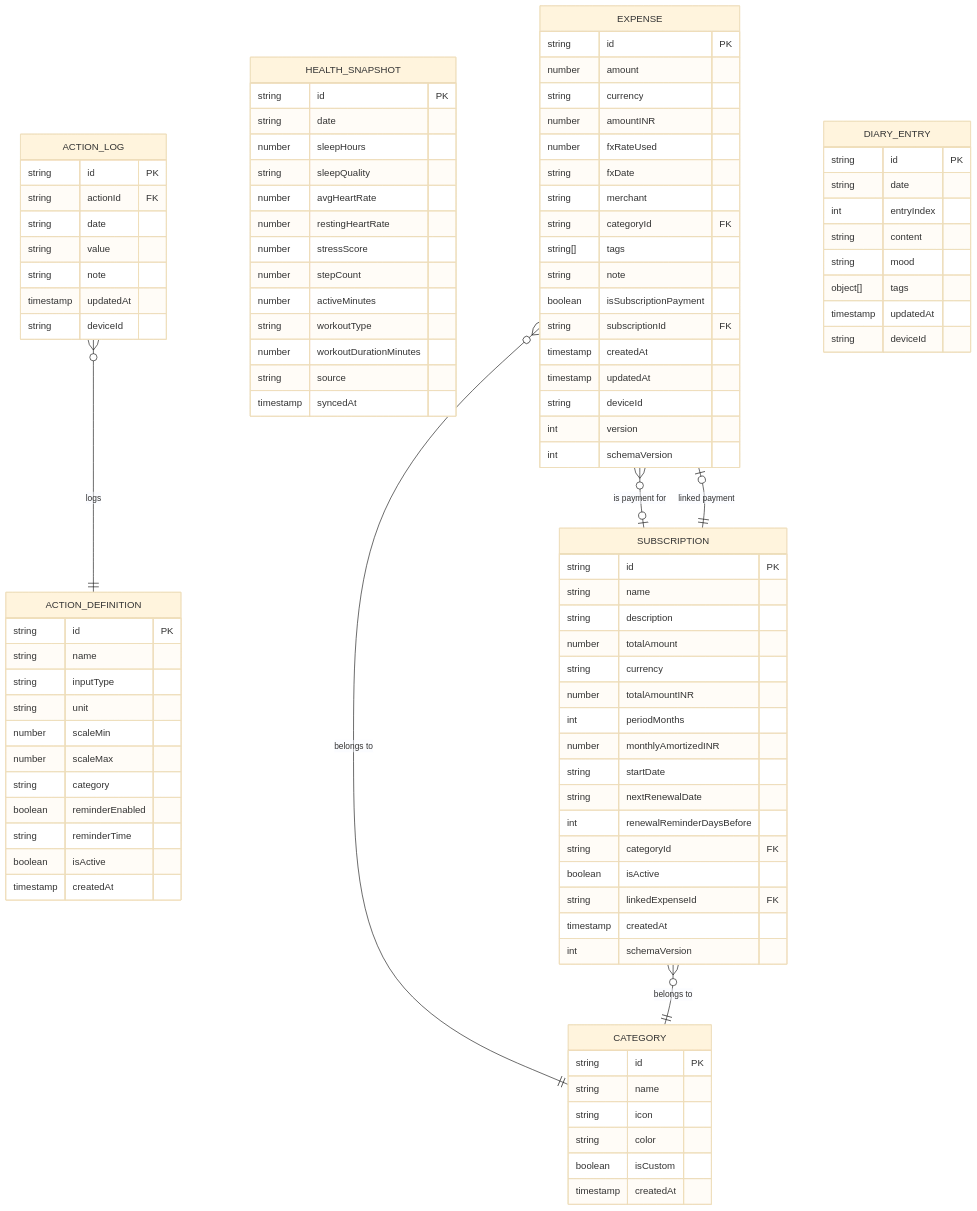
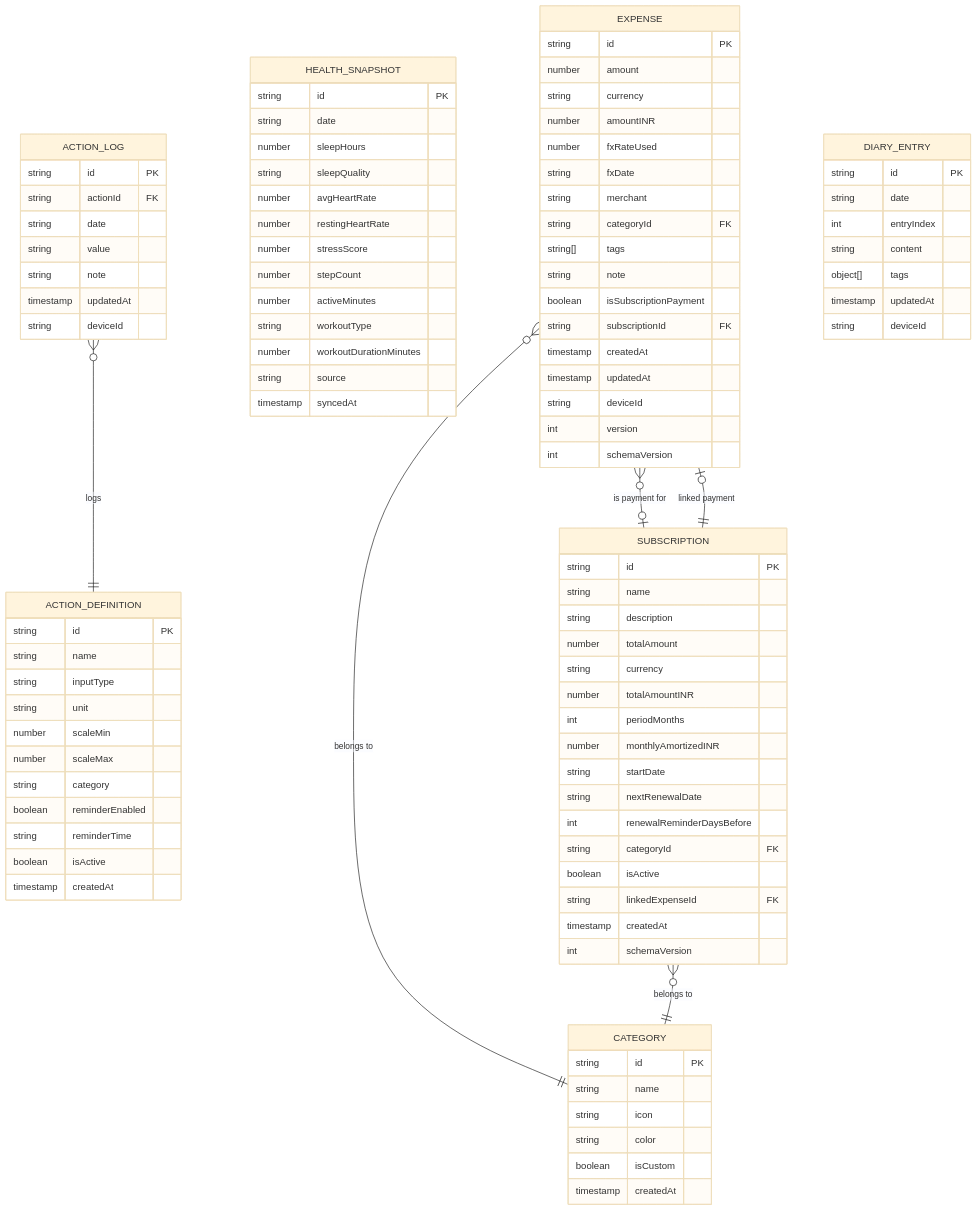
Before and after one commit to shadow-library/memoir-android: the fourth of 10 diagrams in docs/ARCHITECTURE.md, drawn with Mermaid (base theme). The commit also changed other lines of this file and 49 other files, not shown here.

```diff
--- a/docs/ARCHITECTURE.md
+++ b/docs/ARCHITECTURE.md
@@ -258,7 +258,6 @@
         string date
         int entryIndex
         string content
-        string mood
         object[] tags
         timestamp updatedAt
         string deviceId
```
